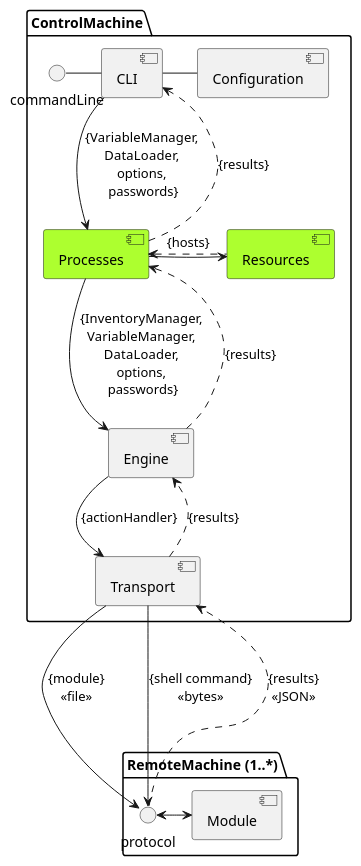
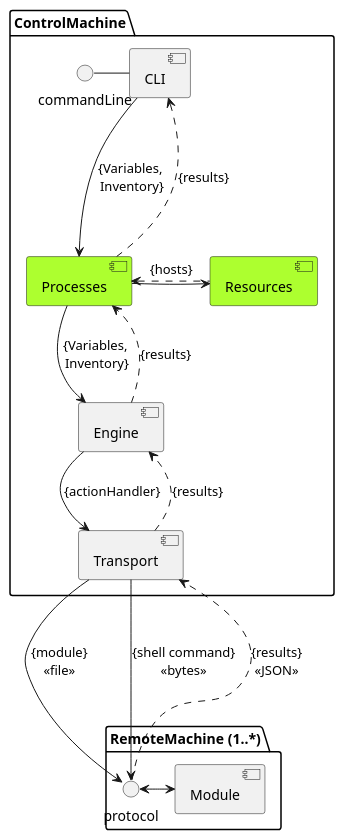
Before and after one commit to ezequiels/nazz: the diagram in project/uml/ansible_Revised.puml, drawn with PlantUML. The commit also changed 2 other files, not shown here.

```diff
--- a/project/uml/ansible_Revised.puml
+++ b/project/uml/ansible_Revised.puml
@@ -1,38 +1,36 @@
 @startuml
 'skinparam backgroundcolor transparent
 
 skinparam package {
     backgroundcolor transparent
 }
 
 
 package "ControlMachine" {
 
     commandLine - [CLI]
-    [CLI] --> [Processes] : {VariableManager, \nDataLoader, \noptions, \npasswords}
-    [Processes] ..> CLI : {results}
+    [CLI] --> [Processes] : {Variables, \nInventory}
+    [Processes] ...> CLI : {results}
     [Processes] -> [Resources]
     [Processes] <. [Resources] : {hosts}
 
-    [Processes] --> [Engine] : {InventoryManager, \nVariableManager, \nDataLoader, \noptions, \npasswords}
+    [Processes] --> [Engine] : {Variables, \nInventory}
     [Engine] ..> Processes : {results}
 
     [Transport] .> [Engine] : {results}
     [Engine] --> [Transport] : {actionHandler}
-
-    [CLI] - [Configuration]
 }
 
  component [Resources] #GreenYellow
  component [Processes] #GreenYellow
 
 package "RemoteMachine (1..*)" {
 
     protocol <-> [Module]
 
     [Transport] ---> protocol : {module}\n<<file>>
     [Transport] ---> protocol : {shell command}\n<<bytes>>
     protocol ...> [Transport] : {results}\n<<JSON>>
 }
 
 @enduml
```
